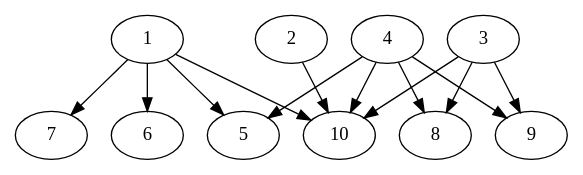
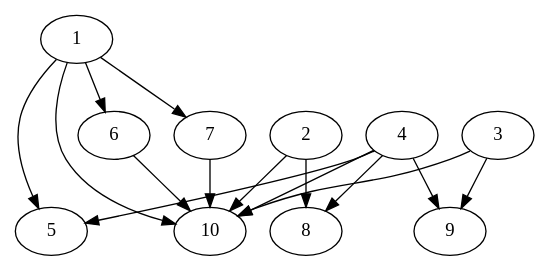
Before and after one commit to deviprajwala/search_engine: the diagram in web_link.dot, drawn with Graphviz. The commit also changed 6 other files, not shown here.

```diff
--- a/web_link.dot
+++ b/web_link.dot
@@ -1,6 +1,8 @@
 digraph D {
-    1 -> {7,5,6,10}
-    2 -> 10
-    3 -> {8,9,10}
+    1 -> {5,6,7,10}
+    2 -> {10,8}
+    3 -> {9,10}
     4 -> {5,8,9,10}
+    6 -> {10}
+    7 -> {10}
 }
```
